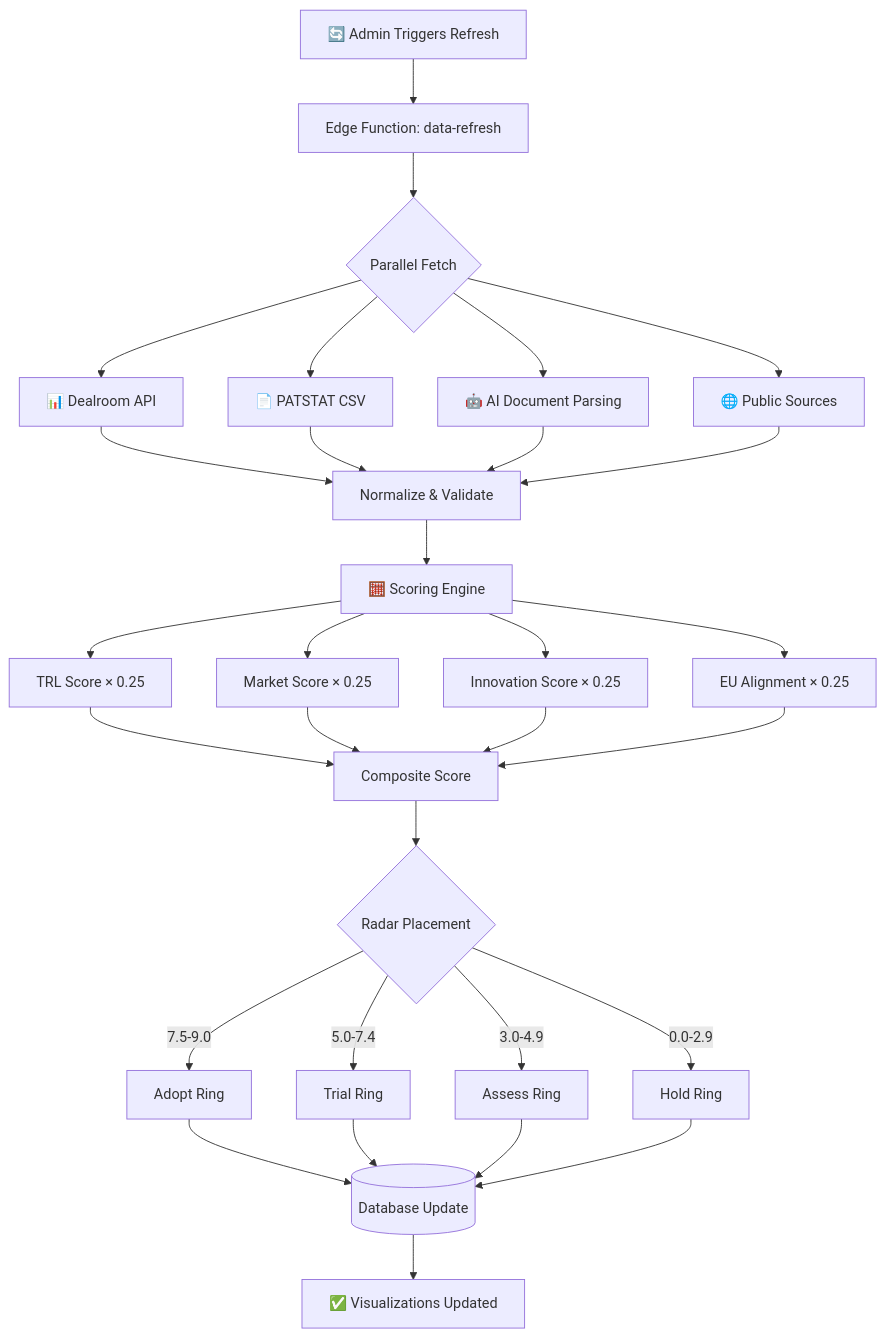
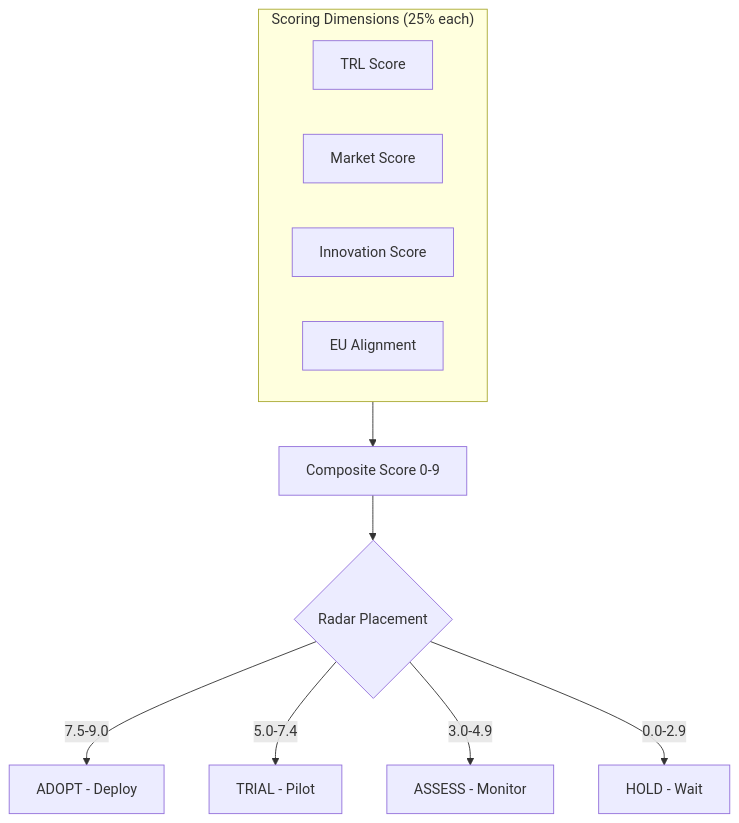
Before and after one commit to ivanapesic-ai/intelpulse: the third of 4 diagrams in docs/annexes/Annex-A-Technical-Architecture.md, drawn with Mermaid. The commit also changed other lines of this file and 6 other files, not shown here.

````diff
--- a/docs/annexes/Annex-A-Technical-Architecture.md
+++ b/docs/annexes/Annex-A-Technical-Architecture.md
@@ -221,42 +89,17 @@
 ```mermaid
 flowchart TD
-    A[🔄 Admin Triggers Refresh] --> B[Edge Function: data-refresh]
-    
-    B --> C{Parallel Fetch}
-    
-    C --> D[📊 Dealroom API]
-    C --> E[📄 PATSTAT CSV]
-    C --> F[🤖 AI Document Parsing]
-    C --> G[🌐 Public Sources]
-    
-    D --> H[Normalize & Validate]
-    E --> H
-    F --> H
-    G --> H
-    
-    H --> I[🧮 Scoring Engine]
-    
-    I --> J[TRL Score × 0.25]
-    I --> K[Market Score × 0.25]
-    I --> L[Innovation Score × 0.25]
-    I --> M[EU Alignment × 0.25]
-    
-    J --> N[Composite Score]
-    K --> N
-    L --> N
-    M --> N
-    
-    N --> O{Radar Placement}
-    
-    O -->|7.5-9.0| P[Adopt Ring]
-    O -->|5.0-7.4| Q[Trial Ring]
-    O -->|3.0-4.9| R[Assess Ring]
-    O -->|0.0-2.9| S[Hold Ring]
-    
-    P --> T[(Database Update)]
-    Q --> T
-    R --> T
-    S --> T
-    
-    T --> U[✅ Visualizations Updated]
+    subgraph Dimensions["Scoring Dimensions (25% each)"]
+        D1["TRL Score"]
+        D2["Market Score"]
+        D3["Innovation Score"]
+        D4["EU Alignment"]
+    end
+
+    Dimensions --> CS["Composite Score 0-9"]
+
+    CS --> R{Radar Placement}
+    R -->|"7.5-9.0"| A["ADOPT - Deploy"]
+    R -->|"5.0-7.4"| T["TRIAL - Pilot"]
+    R -->|"3.0-4.9"| AS["ASSESS - Monitor"]
+    R -->|"0.0-2.9"| H["HOLD - Wait"]
 ```
````
